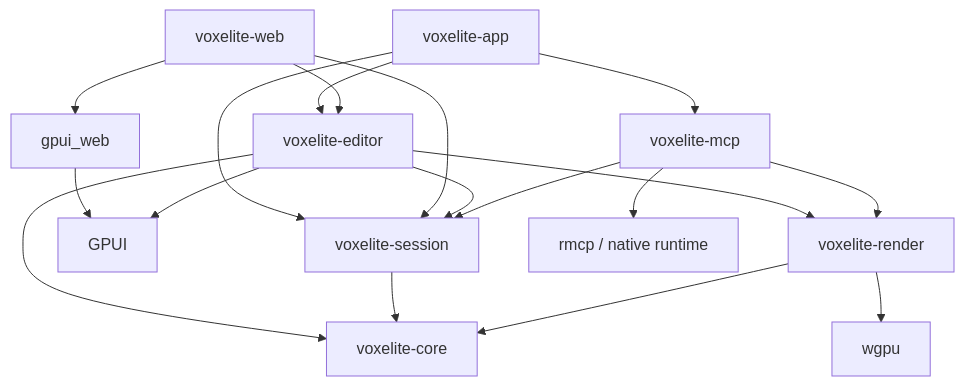
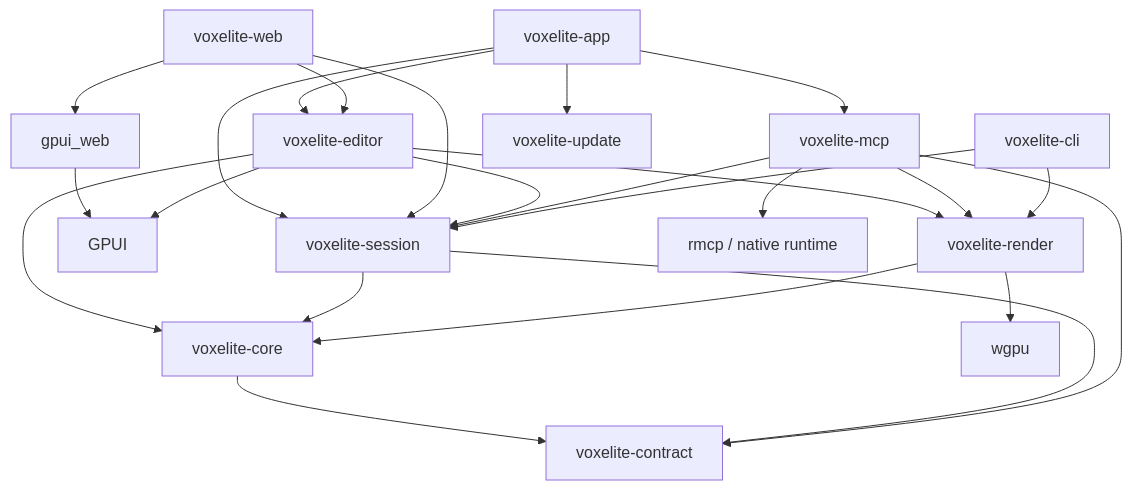
One commit to 0x63616c/quantum changed the diagram in PLAN.md. Above: the diagram before and after it, drawn with Mermaid. The commit also changed other lines of this file and 3 other files, not shown here.

````diff
--- a/PLAN.md
+++ b/PLAN.md
@@ -61,20 +102,26 @@
 ```mermaid
 graph TD
     APP[voxelite-app] --> EDITOR[voxelite-editor]
     APP --> MCP[voxelite-mcp]
     APP --> SESSION[voxelite-session]
     WEB[voxelite-web] --> EDITOR
     WEB --> SESSION
     WEB --> GPUIWEB[gpui_web]
     GPUIWEB --> GPUI[GPUI]
     EDITOR --> GPUI
     EDITOR --> RENDER[voxelite-render]
     EDITOR --> SESSION
     EDITOR --> CORE[voxelite-core]
     MCP --> SESSION
     MCP --> RENDER
     MCP --> RMCP[rmcp / native runtime]
     SESSION --> CORE
     RENDER --> CORE
     RENDER --> WGPU[wgpu]
+    CORE --> CONTRACT[voxelite-contract]
+    SESSION --> CONTRACT
+    MCP --> CONTRACT
+    CLI[voxelite-cli] --> SESSION
+    CLI --> RENDER
+    APP --> UPDATE[voxelite-update]
 ```
````
